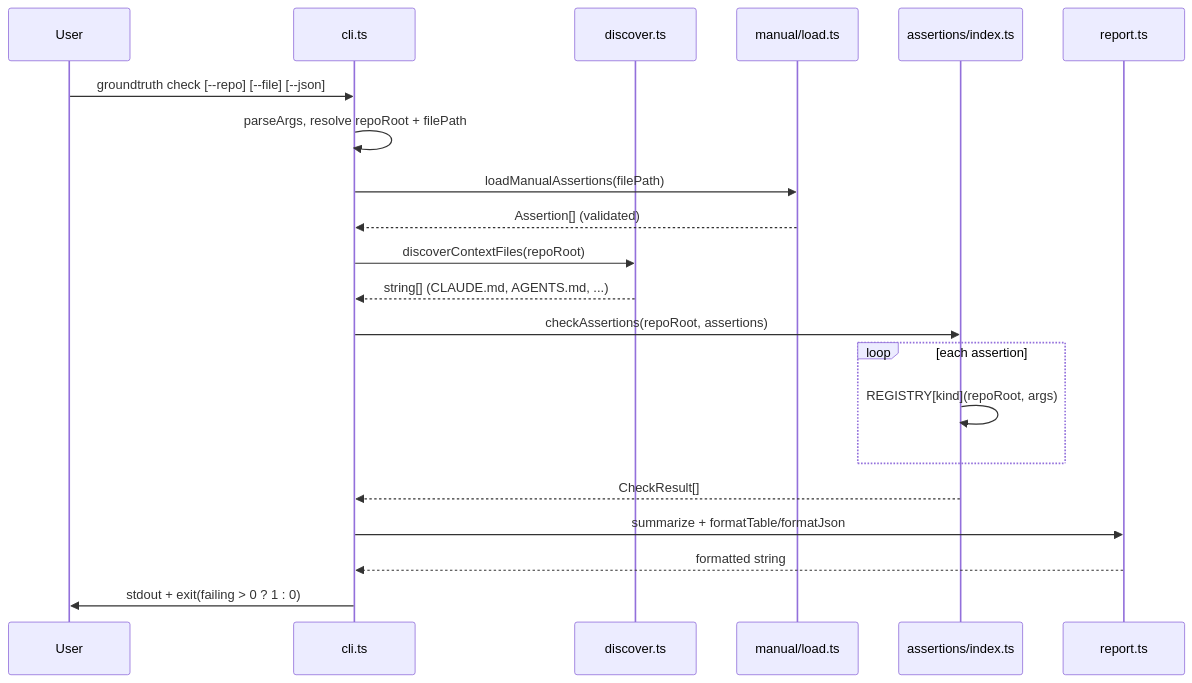
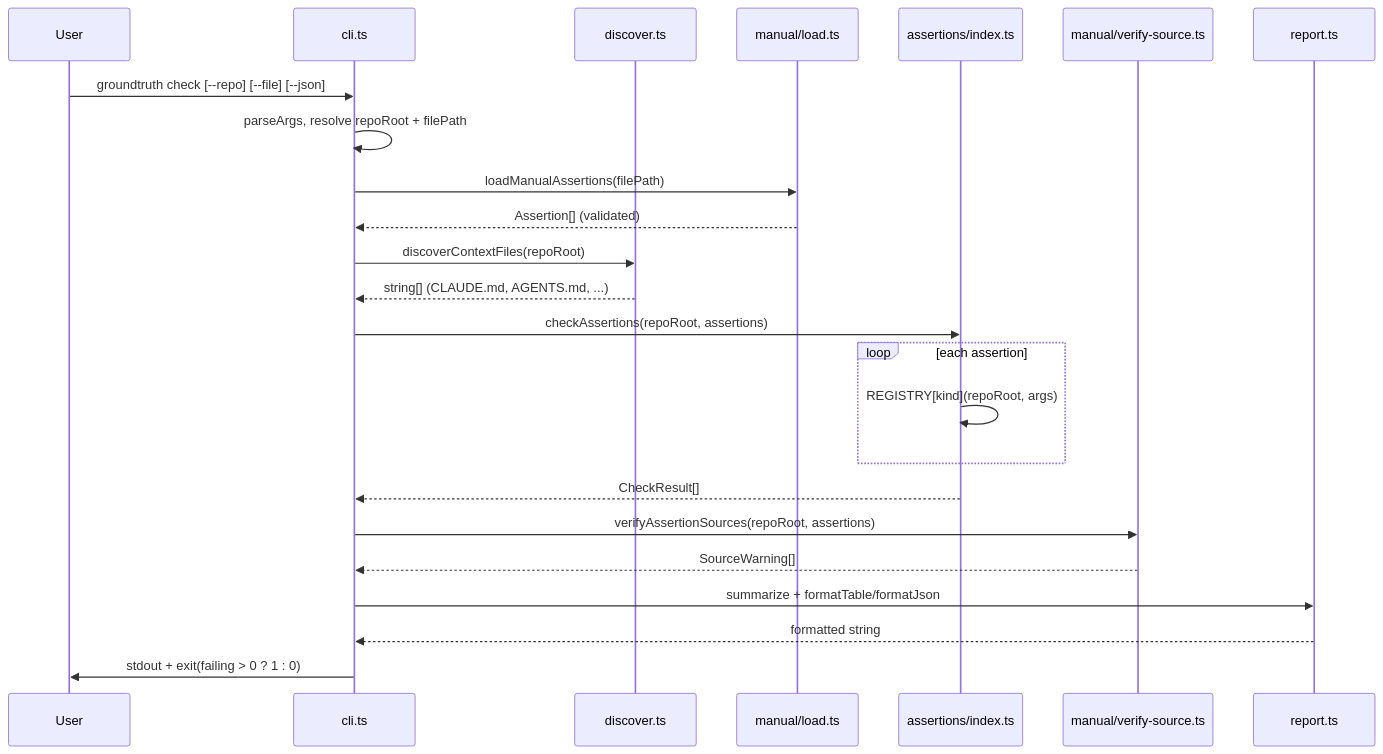
One commit to jaystewartuk/groundtruth changed the first of 2 diagrams in docs/architecture/overview.md. Above: the diagram before and after it, drawn with Mermaid. The commit also changed other lines of this file and 32 other files, not shown here.

````diff
--- a/docs/architecture/overview.md
+++ b/docs/architecture/overview.md
@@ -33,24 +34,27 @@
 ```mermaid
 sequenceDiagram
     participant User
     participant cli.ts
     participant discover.ts
     participant manual/load.ts
     participant assertions/index.ts
+    participant manual/verify-source.ts
     participant report.ts
 
     User->>cli.ts: groundtruth check [--repo] [--file] [--json]
     cli.ts->>cli.ts: parseArgs, resolve repoRoot + filePath
     cli.ts->>manual/load.ts: loadManualAssertions(filePath)
     manual/load.ts-->>cli.ts: Assertion[] (validated)
     cli.ts->>discover.ts: discoverContextFiles(repoRoot)
     discover.ts-->>cli.ts: string[] (CLAUDE.md, AGENTS.md, ...)
     cli.ts->>assertions/index.ts: checkAssertions(repoRoot, assertions)
     loop each assertion
         assertions/index.ts->>assertions/index.ts: REGISTRY[kind](repoRoot, args)
     end
     assertions/index.ts-->>cli.ts: CheckResult[]
+    cli.ts->>manual/verify-source.ts: verifyAssertionSources(repoRoot, assertions)
+    manual/verify-source.ts-->>cli.ts: SourceWarning[]
     cli.ts->>report.ts: summarize + formatTable/formatJson
     report.ts-->>cli.ts: formatted string
     cli.ts->>User: stdout + exit(failing > 0 ? 1 : 0)
 ```
````
